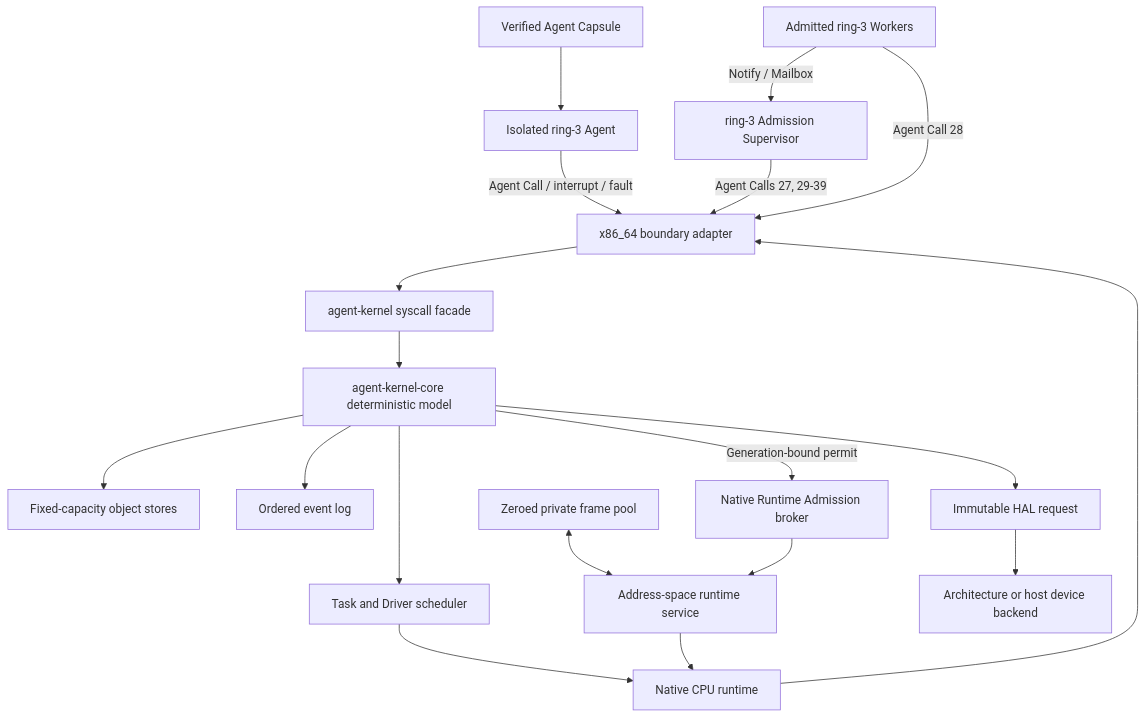
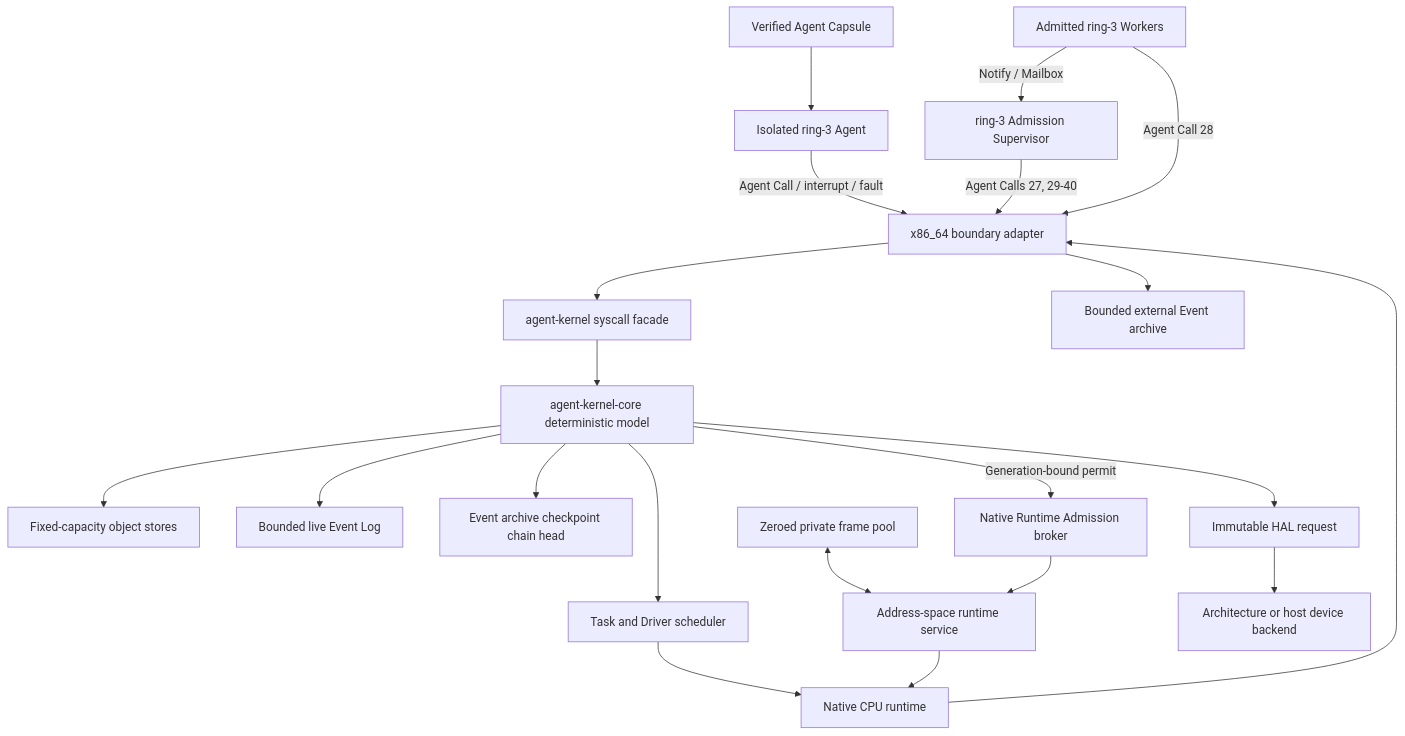
One commit to Evan-master/agent-kernel changed the diagram in README.md. Above: the diagram before and after it, drawn with Mermaid. The commit also changed other lines of this file and 46 other files, not shown here.

Commit message:
feat: add event archive checkpoints

````diff
--- a/README.md
+++ b/README.md
@@ -271,21 +287,23 @@
 ```mermaid
 flowchart TB
     Capsule["Verified Agent Capsule"] --> Ring3["Isolated ring-3 Agent"]
     Ring3 -->|"Agent Call / interrupt / fault"| X86["x86_64 boundary adapter"]
     X86 --> Facade["agent-kernel syscall facade"]
     Facade --> Core["agent-kernel-core deterministic model"]
     Core --> Stores["Fixed-capacity object stores"]
-    Core --> Events["Ordered event log"]
+    Core --> Events["Bounded live Event Log"]
+    Core --> ArchiveHead["Event archive checkpoint chain head"]
     Core --> Scheduler["Task and Driver scheduler"]
     Scheduler --> Runtime["Native CPU runtime"]
     Runtime --> X86
     FramePool["Zeroed private frame pool"] <--> AddressService["Address-space runtime service"]
     Broker["Native Runtime Admission broker"] --> AddressService
     Core -->|"Generation-bound permit"| Broker
     AddressService --> Runtime
+    X86 --> Archive["Bounded external Event archive"]
     Core --> HAL["Immutable HAL request"]
     HAL --> Device["Architecture or host device backend"]
-    Supervisor["ring-3 Admission Supervisor"] -->|"Agent Calls 27, 29-39"| X86
+    Supervisor["ring-3 Admission Supervisor"] -->|"Agent Calls 27, 29-40"| X86
     Workers["Admitted ring-3 Workers"] -->|"Agent Call 28"| X86
     Workers -->|"Notify / Mailbox"| Supervisor
 ```
````
